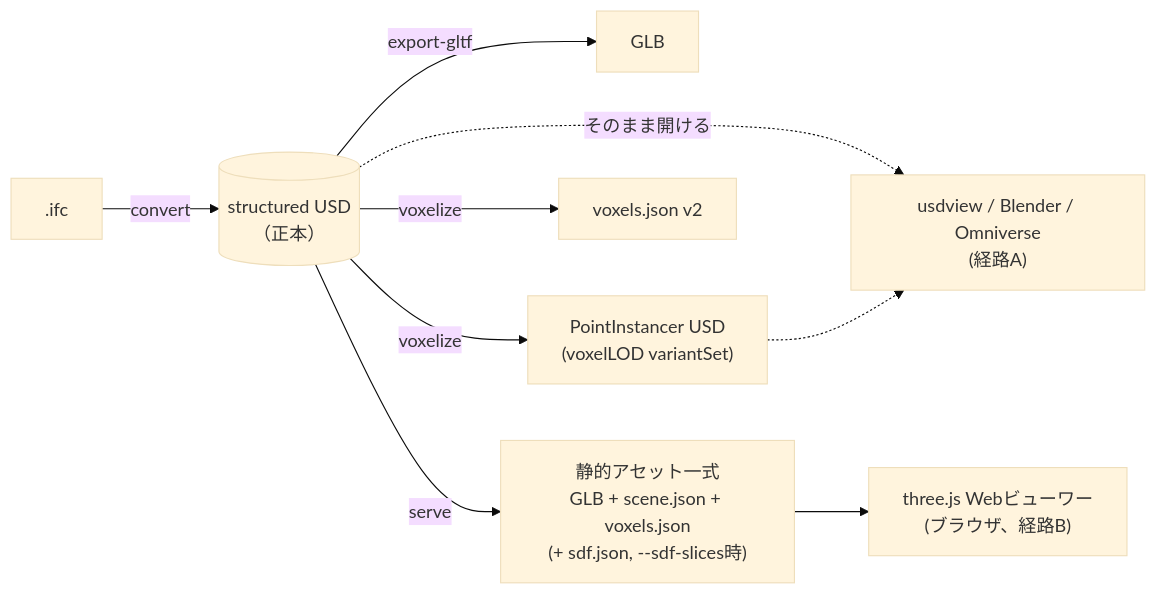
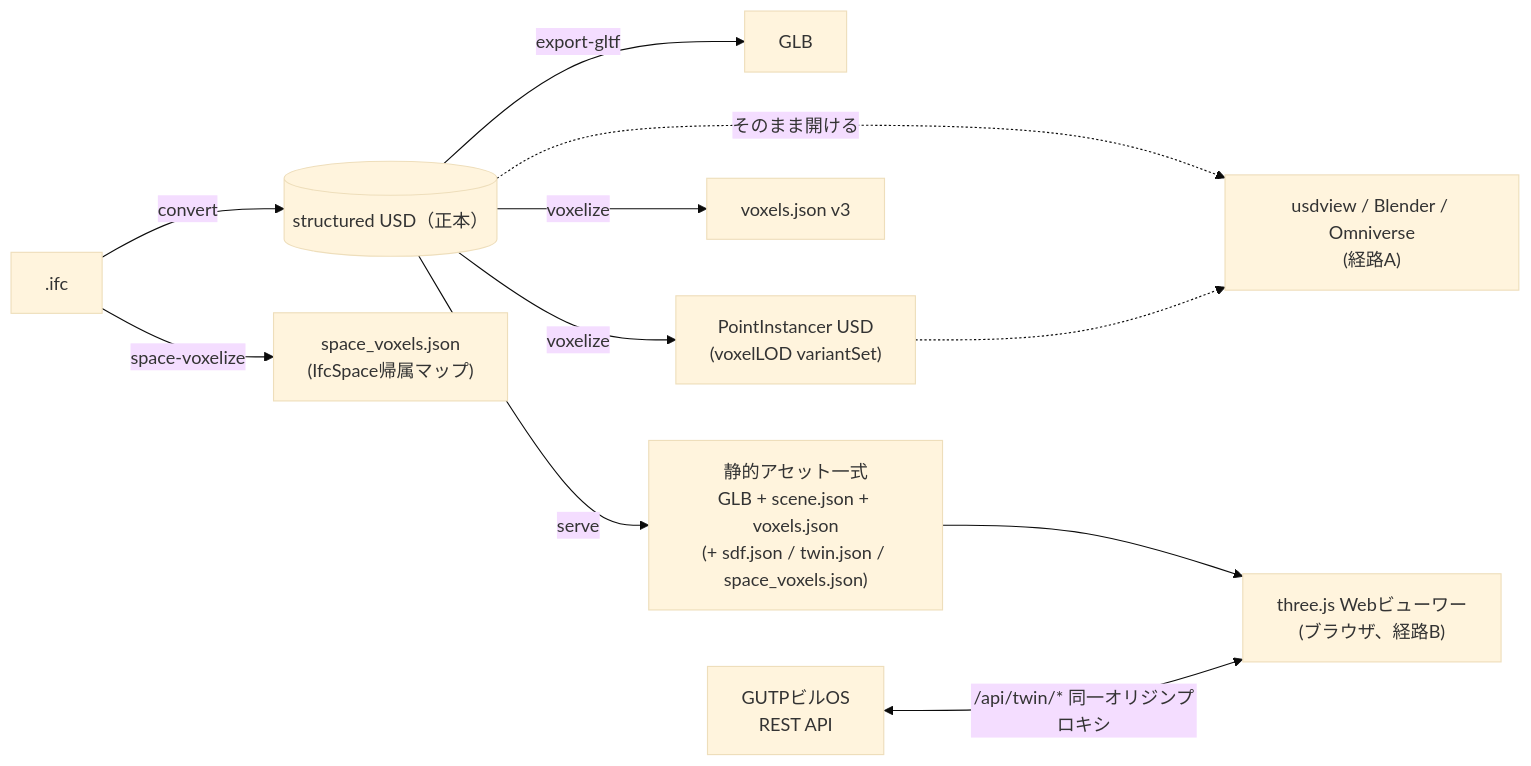
Before and after one commit to takashikasuya/IfcToUsd: the diagram in README.md, drawn with Mermaid (base theme). The commit also changed other lines of this file and 1 other file, not shown here.

````diff
--- a/README.md
+++ b/README.md
@@ -29,14 +77,18 @@
 ```mermaid
 flowchart LR
-    IFC[".ifc"] -->|convert| USD[("structured USD\n（正本）")]
+    IFC[".ifc"] -->|convert| USD[("structured USD（正本）")]
 
     USD -->|export-gltf| GLB["GLB"]
     USD -->|voxelize| VOXUSD["PointInstancer USD\n(voxelLOD variantSet)"]
-    USD -->|voxelize| VOXJSON["voxels.json v2"]
+    USD -->|voxelize| VOXJSON["voxels.json v3"]
 
-    USD -->|serve| ASSETS["静的アセット一式\nGLB + scene.json + voxels.json\n(+ sdf.json, --sdf-slices時)"]
+    IFC -->|space-voxelize| SPACEVOX["space_voxels.json\n(IfcSpace帰属マップ)"]
+
+    USD -->|serve| ASSETS["静的アセット一式\nGLB + scene.json + voxels.json\n(+ sdf.json / twin.json / space_voxels.json)"]
     ASSETS --> VIEWER["three.js Webビューワー\n(ブラウザ、経路B)"]
+
+    BOS["GUTPビルOS\nREST API"] <-->|"/api/twin/* 同一オリジンプロキシ"| VIEWER
 
     USD -.->|そのまま開ける| NATIVE["usdview / Blender / Omniverse\n(経路A)"]
     VOXUSD -.-> NATIVE
 ```
````
